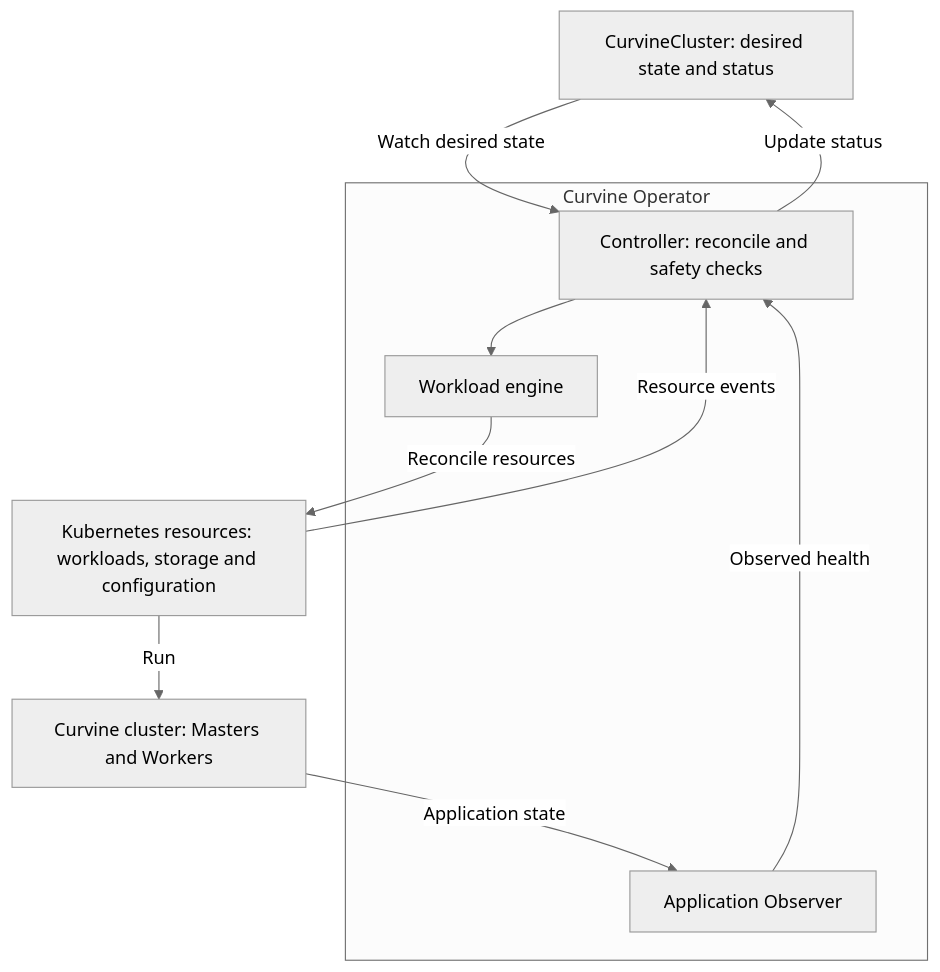
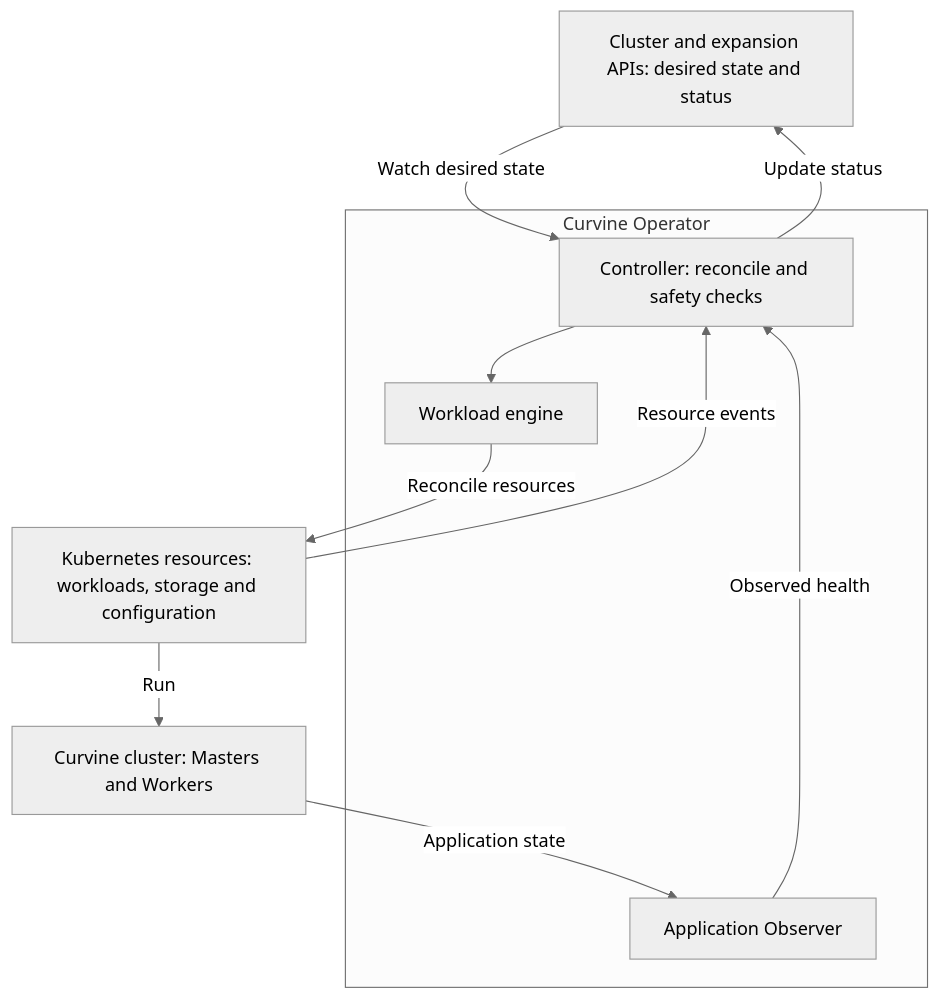
One commit to wsq2333/curvine-operator changed the diagram in README.md. Above: the diagram before and after it, drawn with Mermaid (neutral theme). The commit also changed other lines of this file and 48 other files, not shown here.

Commit message:
feat: support safe existing-cluster worker expansion

````diff
--- a/README.md
+++ b/README.md
@@ -11,13 +11,13 @@
 ```mermaid
 flowchart TB
-  CR["CurvineCluster: desired state and status"] -->|Watch desired state| Controller
+  CR["Cluster and expansion APIs: desired state and status"] -->|Watch desired state| Controller
   subgraph Operator["Curvine Operator"]
     Controller["Controller: reconcile and safety checks"] --> Engine["Workload engine"]
     Observer["Application Observer"] -->|Observed health| Controller
   end
   Controller -->|Update status| CR
   Engine -->|Reconcile resources| Resources["Kubernetes resources: workloads, storage and configuration"]
   Resources -->|Resource events| Controller
   Resources -->|Run| Cluster["Curvine cluster: Masters and Workers"]
   Cluster -->|Application state| Observer
 ```
````
